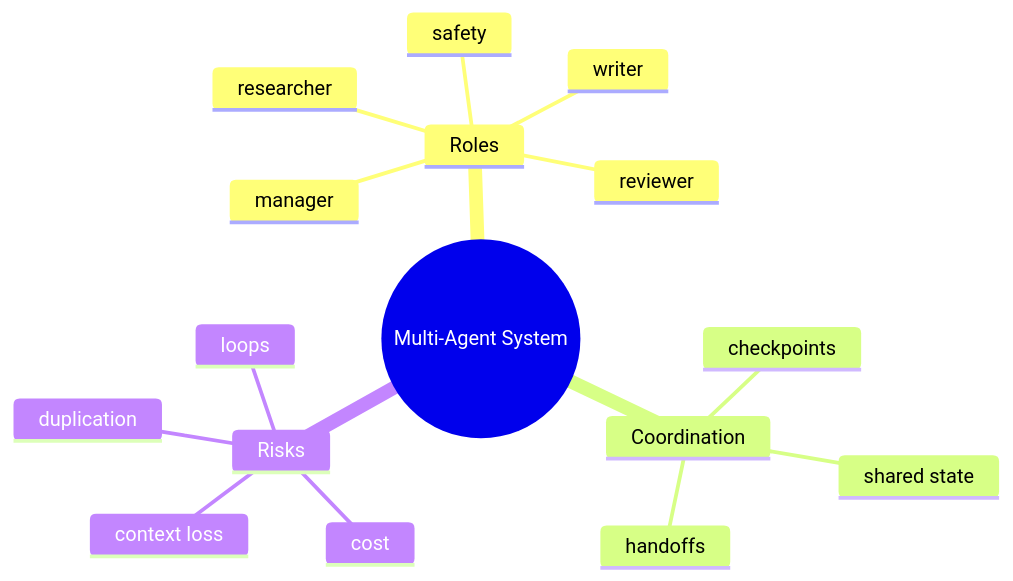
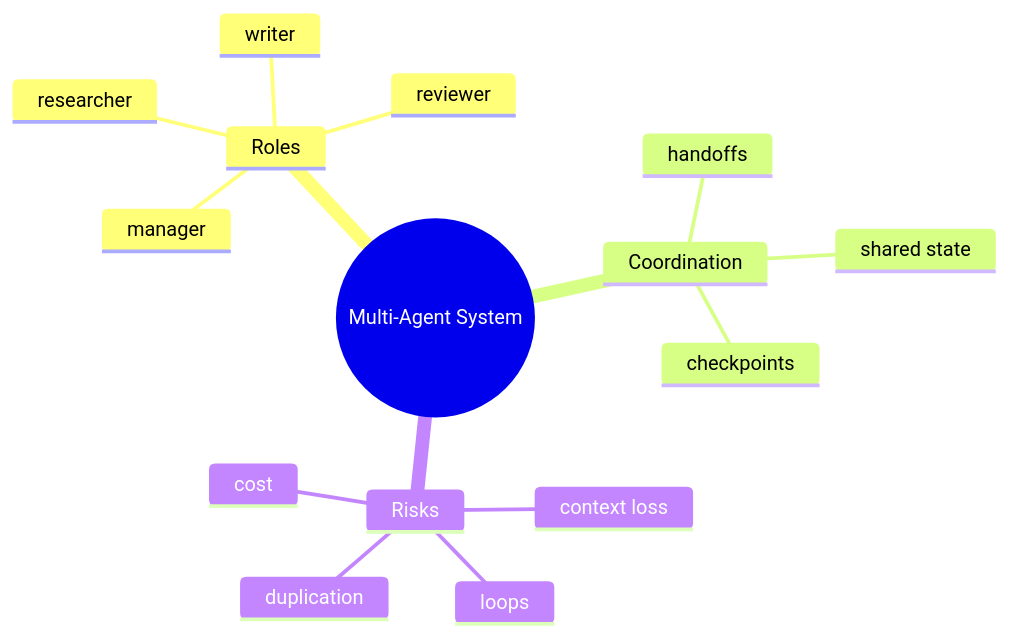
One commit to Asabeneh/30-Days-Of-AI-Engineering changed the eighth of 14 diagrams in day_24/day_24_multi_agent_systems.md. Above: the diagram before and after it, drawn with Mermaid. The commit also changed other lines of this file and 49 other files, not shown here.

````diff
--- a/day_24/day_24_multi_agent_systems.md
+++ b/day_24/day_24_multi_agent_systems.md
@@ -248,19 +311,18 @@
 ```mermaid
 mindmap
     root((Multi-Agent System))
         Roles
             manager
             researcher
             writer
             reviewer
-            safety
         Coordination
             handoffs
             shared state
             checkpoints
         Risks
             loops
             duplication
             context loss
             cost
 ```
````
